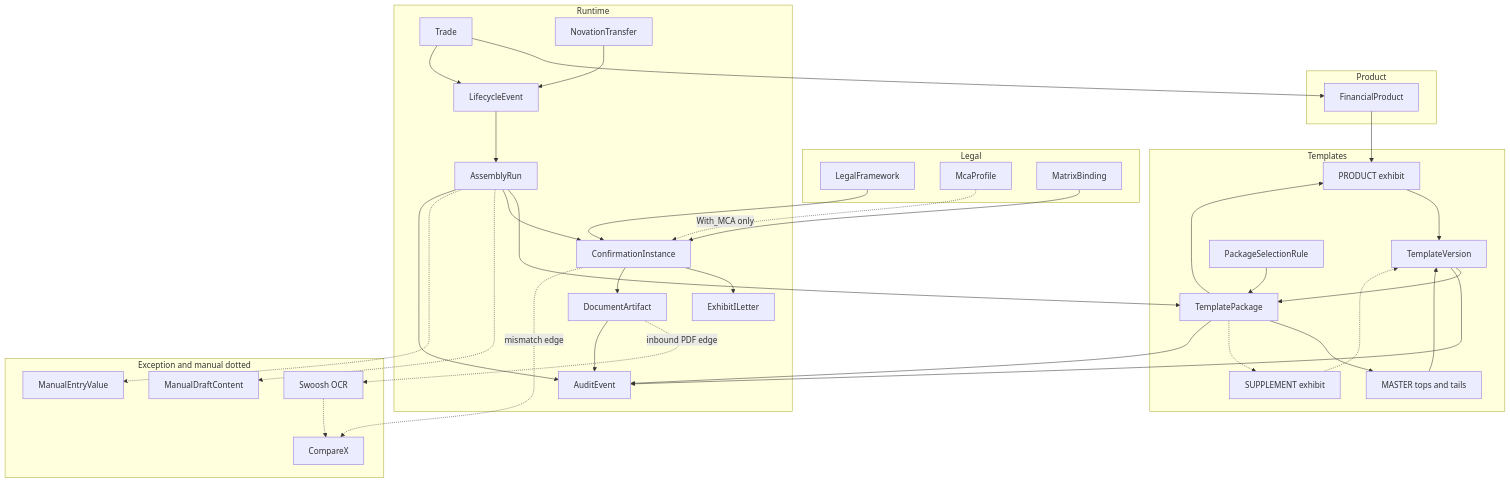
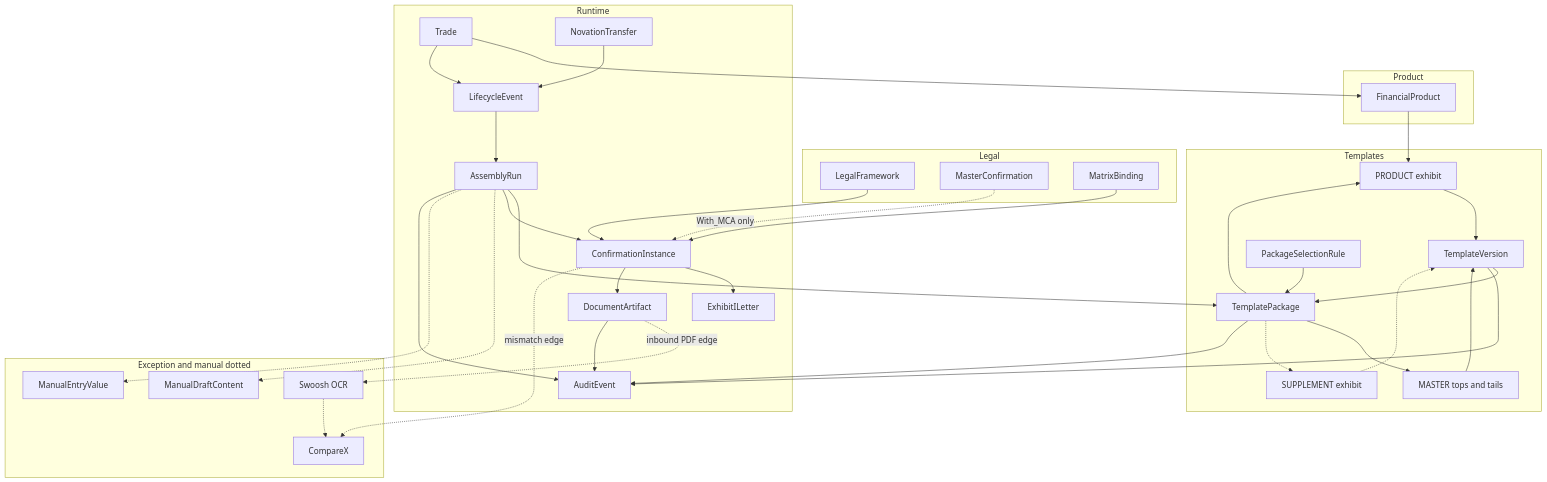
The first of 17 diagrams in docs/prd-cdu-ps-v1.md (dae-nan/con4m8ions), drawn with Mermaid before and after one commit. The commit also changed other lines of this file and 98 other files, not shown here.

````diff
--- a/docs/prd-cdu-ps-v1.md
+++ b/docs/prd-cdu-ps-v1.md
@@ -40,65 +40,65 @@
 ```mermaid
 flowchart TB
   subgraph legalBox [Legal]
     LF[LegalFramework]
-    MCA[McaProfile]
+    MCA[MasterConfirmation]
     MB[MatrixBinding]
   end
   subgraph productBox [Product]
     FP[FinancialProduct]
   end
   subgraph templateBox [Templates]
     PKG[TemplatePackage]
     DTM[MASTER tops and tails]
     DTP[PRODUCT exhibit]
     DTS[SUPPLEMENT exhibit]
     TV[TemplateVersion]
     RULE[PackageSelectionRule]
   end
   subgraph runtimeBox [Runtime]
     TR[Trade]
     AR[AssemblyRun]
     CI[ConfirmationInstance]
     EI[ExhibitILetter]
     DA[DocumentArtifact]
     LE[LifecycleEvent]
     NV[NovationTransfer]
     AUD[AuditEvent]
   end
   subgraph exceptions [Exception and manual dotted]
     SW[Swoosh OCR]
     CX[CompareX]
     MD[ManualDraftContent]
     ME[ManualEntryValue]
   end
 
   FP --> DTP
   LF --> CI
   MCA -.->|With_MCA only| CI
   MB --> CI
   PKG --> DTM
   PKG --> DTP
   PKG -.-> DTS
   RULE --> PKG
   DTM --> TV
   DTP --> TV
   DTS -.-> TV
   TV --> PKG
   TR --> FP
   TR --> LE
   LE --> AR
   AR --> PKG
   AR --> CI
   AR -.-> MD
   AR -.-> ME
   CI --> EI
   CI --> DA
   NV --> LE
   DA -.->|inbound PDF edge| SW
   SW -.-> CX
   CI -.->|mismatch edge| CX
   TV --> AUD
   AR --> AUD
   DA --> AUD
   PKG --> AUD
 ```
````
